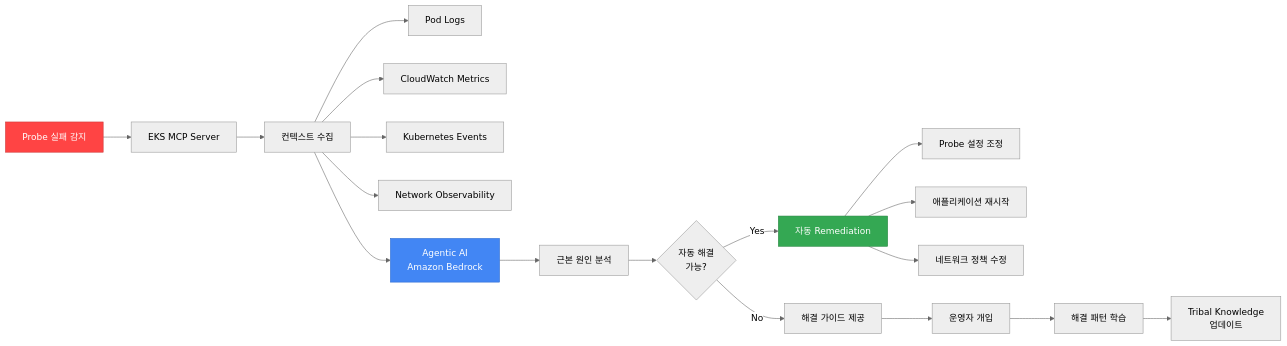
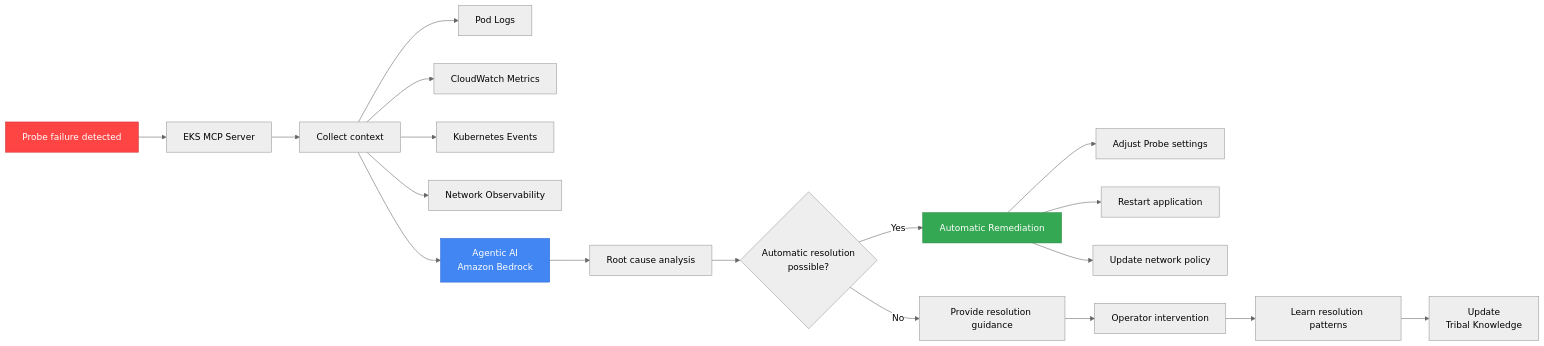
One commit to devfloor9/engineering-playbook changed the diagram in docs/eks-best-practices/operations-reliability/pod-lifecycle/ai-probe-optimization.md. Above: the diagram before and after it, drawn with Mermaid (neutral theme). The commit also changed other lines of this file and 954 other files, not shown here.

````diff
--- a/docs/eks-best-practices/operations-reliability/pod-lifecycle/ai-probe-optimization.md
+++ b/docs/eks-best-practices/operations-reliability/pod-lifecycle/ai-probe-optimization.md
@@ -39,31 +39,31 @@
 ```mermaid
 flowchart LR
-    PROBE_FAIL[Probe 실패 감지]
+    PROBE_FAIL[Probe failure detected]
     PROBE_FAIL --> MCP[EKS MCP Server]
 
-    MCP --> CONTEXT[컨텍스트 수집]
+    MCP --> CONTEXT[Collect context]
     CONTEXT --> LOGS[Pod Logs]
     CONTEXT --> METRICS[CloudWatch Metrics]
     CONTEXT --> EVENTS[Kubernetes Events]
     CONTEXT --> NETWORK[Network Observability]
 
     CONTEXT --> AI[Agentic AI<br/>Amazon Bedrock]
-    AI --> ANALYZE[근본 원인 분석]
+    AI --> ANALYZE[Root cause analysis]
 
-    ANALYZE --> DECISION{자동 해결<br/>가능?}
+    ANALYZE --> DECISION{Automatic resolution<br/>possible?}
 
-    DECISION -->|Yes| AUTO[자동 Remediation]
-    AUTO --> FIX_PROBE[Probe 설정 조정]
-    AUTO --> FIX_APP[애플리케이션 재시작]
-    AUTO --> FIX_NETWORK[네트워크 정책 수정]
+    DECISION -->|Yes| AUTO[Automatic Remediation]
+    AUTO --> FIX_PROBE[Adjust Probe settings]
+    AUTO --> FIX_APP[Restart application]
+    AUTO --> FIX_NETWORK[Update network policy]
 
-    DECISION -->|No| GUIDE[해결 가이드 제공]
-    GUIDE --> HUMAN[운영자 개입]
+    DECISION -->|No| GUIDE[Provide resolution guidance]
+    GUIDE --> HUMAN[Operator intervention]
 
-    HUMAN --> LEARN[해결 패턴 학습]
-    LEARN --> TRIBAL[Tribal Knowledge<br/>업데이트]
+    HUMAN --> LEARN[Learn resolution patterns]
+    LEARN --> TRIBAL[Update<br/>Tribal Knowledge]
 
     style PROBE_FAIL fill:#ff4444,stroke:#cc3636,color:#fff
     style AI fill:#4286f4,stroke:#2a6acf,color:#fff
     style AUTO fill:#34a853,stroke:#2a8642,color:#fff
 ```
````
